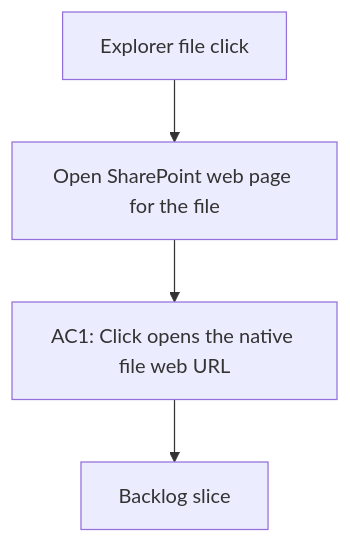
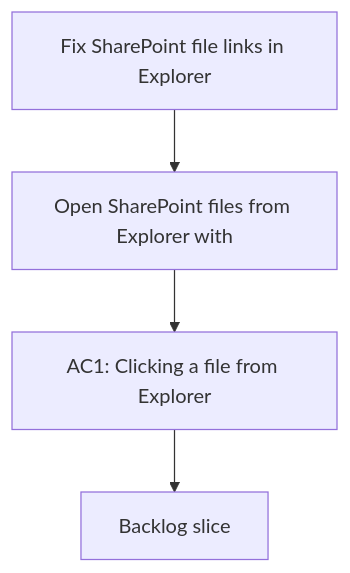
One commit to AlexAgo83/deepvault changed the diagram in logics/request/req_010_fix_sharepoint_file_links_in_explorer.md. Above: the diagram before and after it, drawn with Mermaid. The commit also changed 57 other files, not shown here.

````diff
--- a/logics/request/req_010_fix_sharepoint_file_links_in_explorer.md
+++ b/logics/request/req_010_fix_sharepoint_file_links_in_explorer.md
@@ -24,8 +24,8 @@
 ```mermaid
 %% logics-kind: request
 %% logics-signature: request|fix-sharepoint-file-links-in-explorer|open-sharepoint-files-from-explorer-with|ac1-clicking-a-file-from-explorer
 flowchart TD
-    Trigger[Explorer file click] --> Need[Open SharePoint web page for the file]
-    Need --> Outcome[AC1: Click opens the native file web URL]
+    Trigger[Fix SharePoint file links in Explorer] --> Need[Open SharePoint files from Explorer with]
+    Need --> Outcome[AC1: Clicking a file from Explorer]
     Outcome --> Backlog[Backlog slice]
 ```
````
